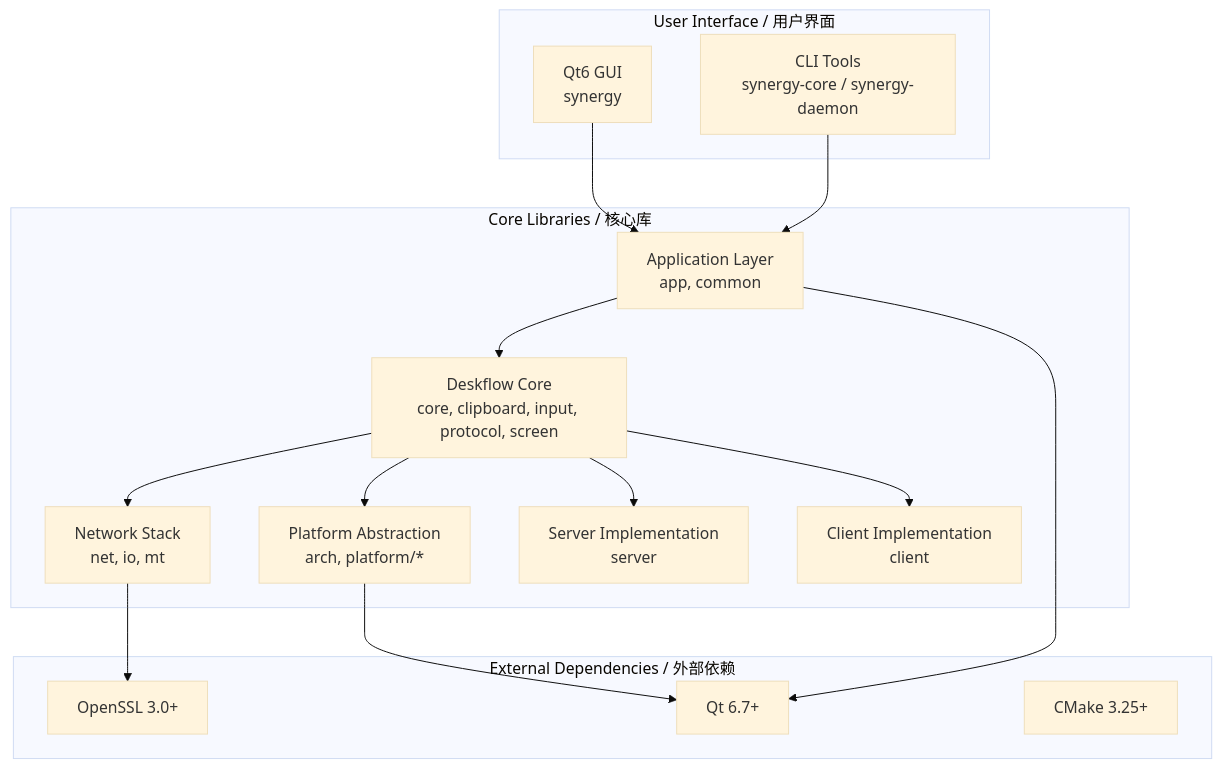
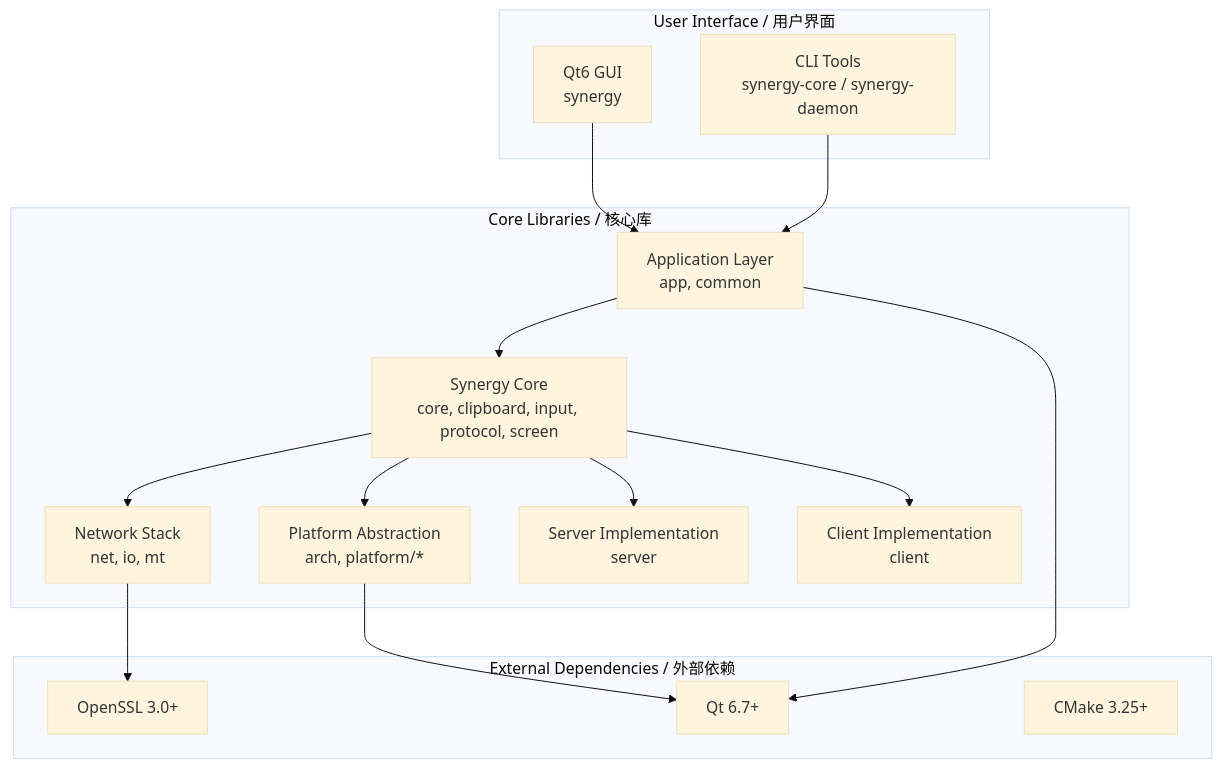
Before and after one commit to Tupig/Tupig_synergy: the diagram in README.md, drawn with Mermaid (base theme). The commit also changed 567 other files, not shown here.

````diff
--- a/README.md
+++ b/README.md
@@ -55,33 +55,33 @@
 ```mermaid
 graph TB
     subgraph "User Interface / 用户界面"
         GUI[Qt6 GUI<br/>synergy]
         CLI[CLI Tools<br/>synergy-core / synergy-daemon]
     end
 
     subgraph "Core Libraries / 核心库"
         APP[Application Layer<br/>app, common]
-        DESKFLOW[Deskflow Core<br/>core, clipboard, input, protocol, screen]
+        SYNERGY[Synergy Core<br/>core, clipboard, input, protocol, screen]
         NET[Network Stack<br/>net, io, mt]
         PLATFORM[Platform Abstraction<br/>arch, platform/*]
         SERVER[Server Implementation<br/>server]
         CLIENT[Client Implementation<br/>client]
     end
 
     subgraph "External Dependencies / 外部依赖"
         QT[Qt 6.7+]
         SSL[OpenSSL 3.0+]
         CMAKE[CMake 3.25+]
     end
 
     GUI --> APP
     CLI --> APP
-    APP --> DESKFLOW
-    DESKFLOW --> NET
-    DESKFLOW --> PLATFORM
-    DESKFLOW --> SERVER
-    DESKFLOW --> CLIENT
+    APP --> SYNERGY
+    SYNERGY --> NET
+    SYNERGY --> PLATFORM
+    SYNERGY --> SERVER
+    SYNERGY --> CLIENT
     NET --> SSL
     PLATFORM --> QT
     APP --> QT
 ```
````
